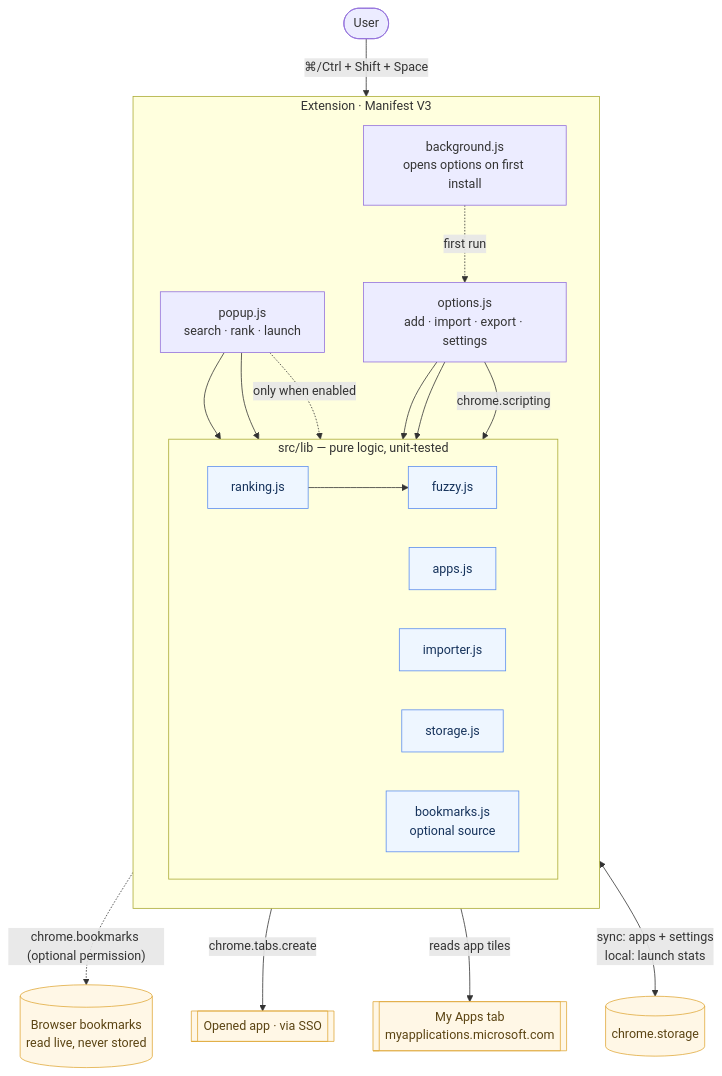
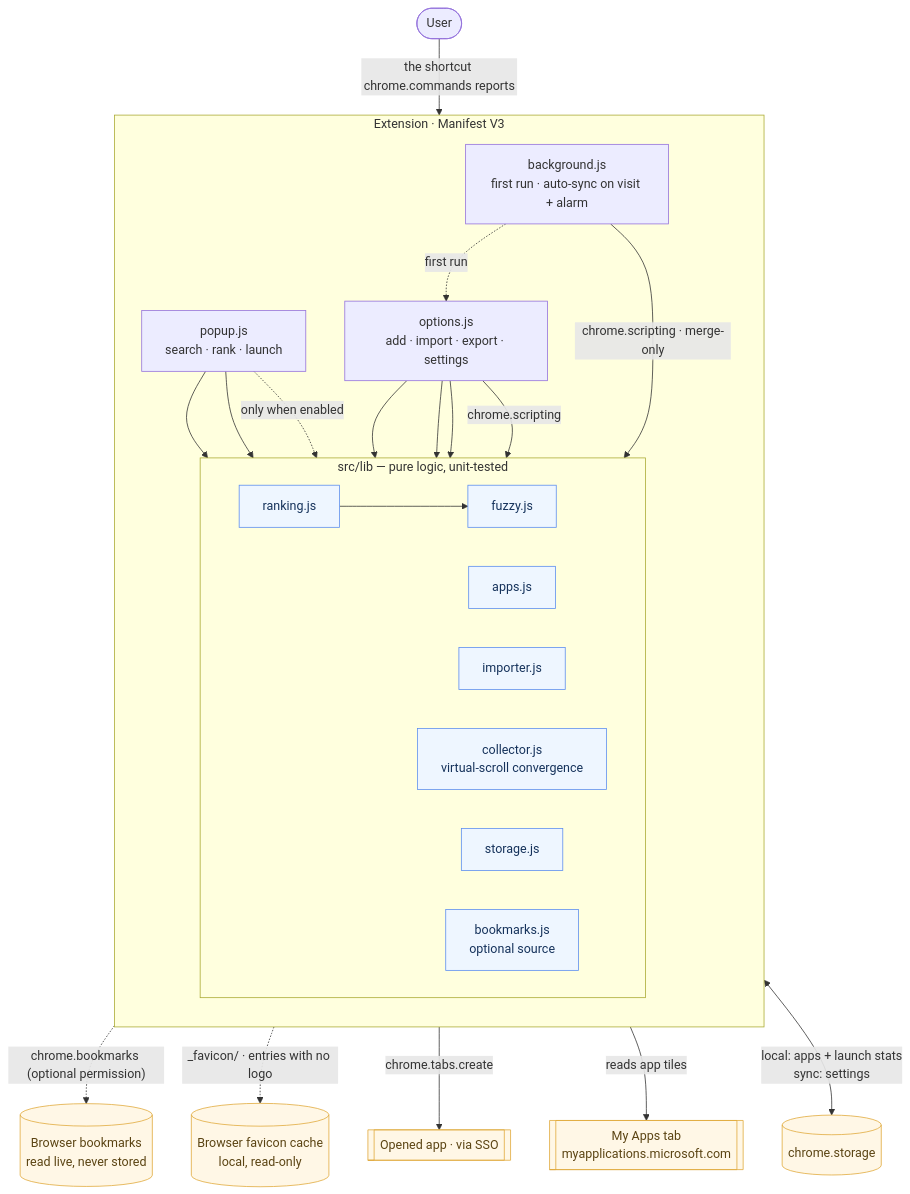
Before and after one commit to sapn95/beeline: the first of 2 diagrams in docs/architecture.md, drawn with Mermaid. The commit also changed other lines of this file and 2 other files, not shown here.

First line of the commit message:
docs: bring the README and architecture doc back in line with the code

````diff
--- a/docs/architecture.md
+++ b/docs/architecture.md
@@ -11,46 +11,51 @@
 ```mermaid
 flowchart TB
   user(["User"])
 
   subgraph ext["Extension · Manifest V3"]
     direction TB
     popup["popup.js<br/>search · rank · launch"]
     options["options.js<br/>add · import · export · settings"]
-    bg["background.js<br/>opens options on first install"]
+    bg["background.js<br/>first run · auto-sync on visit + alarm"]
 
     subgraph lib["src/lib — pure logic, unit-tested"]
       direction LR
       ranking["ranking.js"] --> fuzzy["fuzzy.js"]
       apps["apps.js"]
       importer["importer.js"]
+      collector["collector.js<br/>virtual-scroll convergence"]
       storage["storage.js"]
       bookmarksLib["bookmarks.js<br/>optional source"]
     end
   end
 
   store[("chrome.storage")]
   marks[("Browser bookmarks<br/>read live, never stored")]
+  icons[("Browser favicon cache<br/>local, read-only")]
   myapps[["My Apps tab<br/>myapplications.microsoft.com"]]
   opened[["Opened app · via SSO"]]
 
-  user -->|"⌘/Ctrl + Shift + Space"| popup
+  user -->|"the shortcut chrome.commands reports"| popup
   bg -. first run .-> options
 
   popup --> ranking
   popup --> storage
   popup -.->|"only when enabled"| bookmarksLib
   bookmarksLib -.->|"chrome.bookmarks (optional permission)"| marks
+  popup -.->|"_favicon/ · entries with no logo"| icons
   popup -->|"chrome.tabs.create"| opened
 
   options --> apps
   options --> storage
+  options --> collector
   options -->|"chrome.scripting"| importer
+  bg -->|"chrome.scripting · merge-only"| importer
   importer -->|"reads app tiles"| myapps
 
-  storage <-->|"sync: apps + settings<br/>local: launch stats"| store
+  storage <-->|"local: apps + launch stats<br/>sync: settings"| store
 
   classDef pure fill:#eef6ff,stroke:#5b8def,color:#15325b;
   classDef extern fill:#fff7e6,stroke:#e0a93b,color:#5b4413;
-  class ranking,fuzzy,apps,importer,storage,bookmarksLib pure;
-  class store,marks,myapps,opened extern;
+  class ranking,fuzzy,apps,importer,collector,storage,bookmarksLib pure;
+  class store,marks,icons,myapps,opened extern;
 ```
````
